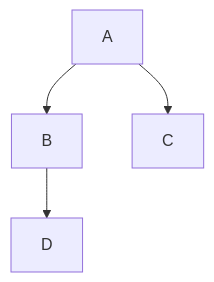
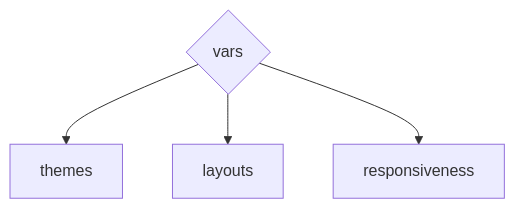
One commit to internationaldance-llc/internationaldance.llc changed the first of 2 diagrams in NOTES.md. Above: the diagram before and after it, drawn with Mermaid. The commit also changed other lines of this file, not shown here.

````diff
--- a/NOTES.md
+++ b/NOTES.md
@@ -140,6 +156,6 @@
 ```mermaid
 graph TD;
-    A-->B;
-    A-->C;
-    B-->D;
+    :root{vars}-->themes;
+    :root{vars}-->layouts;
+    :root{vars}-->responsiveness;
 ```
````
